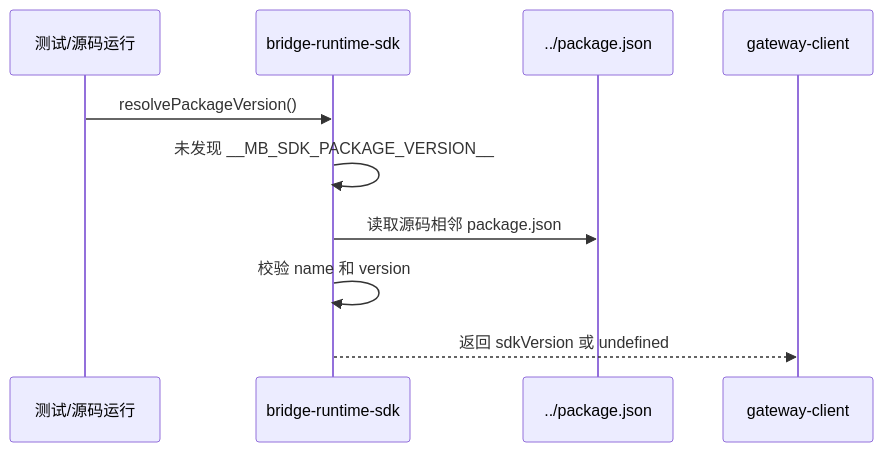
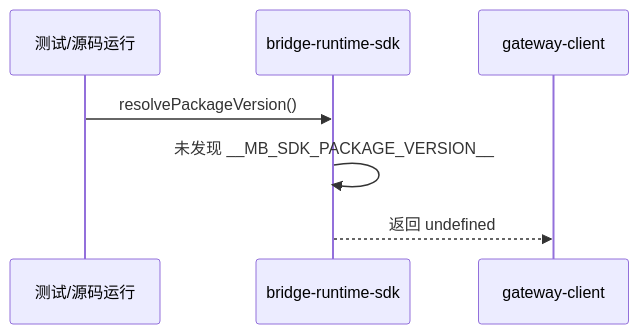
The third of 3 diagrams in packages/bridge-runtime-sdk/docs/design/sdk-package-version-reporting-design.md (yuzhangCZ/agent-plugin), drawn with Mermaid before and after one commit. The commit also changed other lines of this file and 4 other files, not shown here.

Commit message:
fix: rely on injected sdk package version at runtime

````diff
--- a/packages/bridge-runtime-sdk/docs/design/sdk-package-version-reporting-design.md
+++ b/packages/bridge-runtime-sdk/docs/design/sdk-package-version-reporting-design.md
@@ -87,13 +87,10 @@
 ```mermaid
 sequenceDiagram
     participant Test as 测试/源码运行
     participant SDK as bridge-runtime-sdk
-    participant Pkg as ../package.json
     participant GatewayClient as gateway-client
 
     Test->>SDK: resolvePackageVersion()
     SDK->>SDK: 未发现 __MB_SDK_PACKAGE_VERSION__
-    SDK->>Pkg: 读取源码相邻 package.json
-    SDK->>SDK: 校验 name 和 version
-    SDK-->>GatewayClient: 返回 sdkVersion 或 undefined
+    SDK-->>GatewayClient: 返回 undefined
 ```
````
